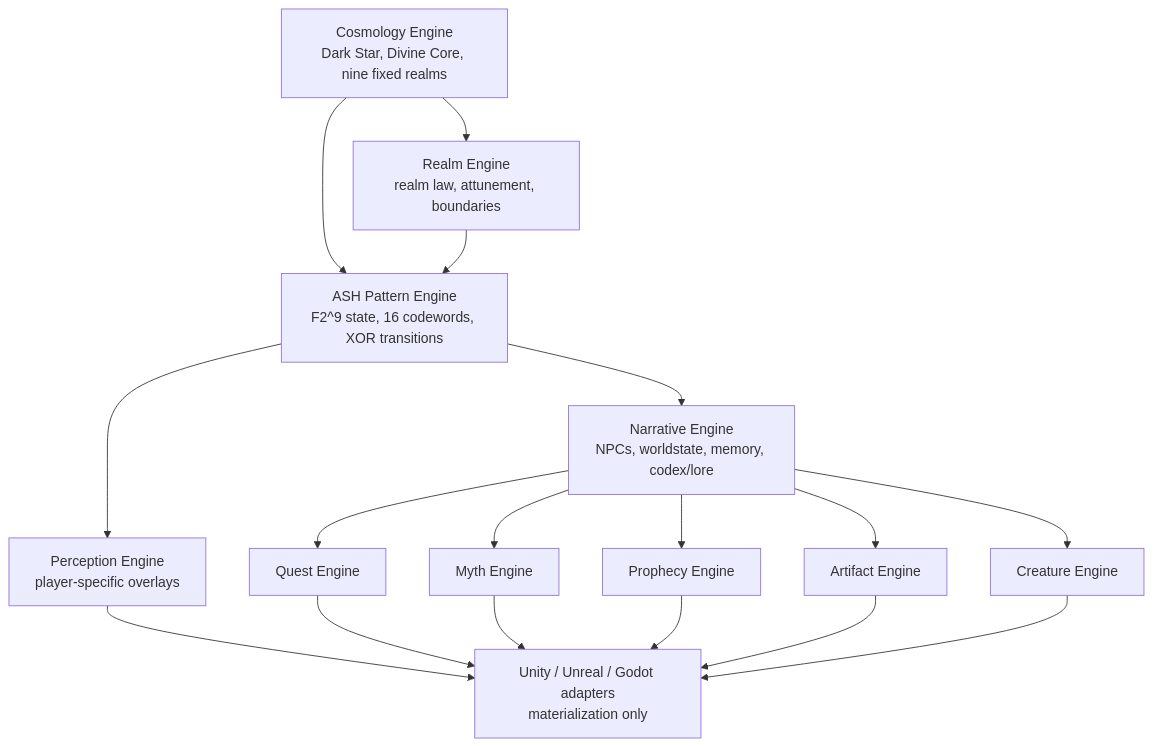
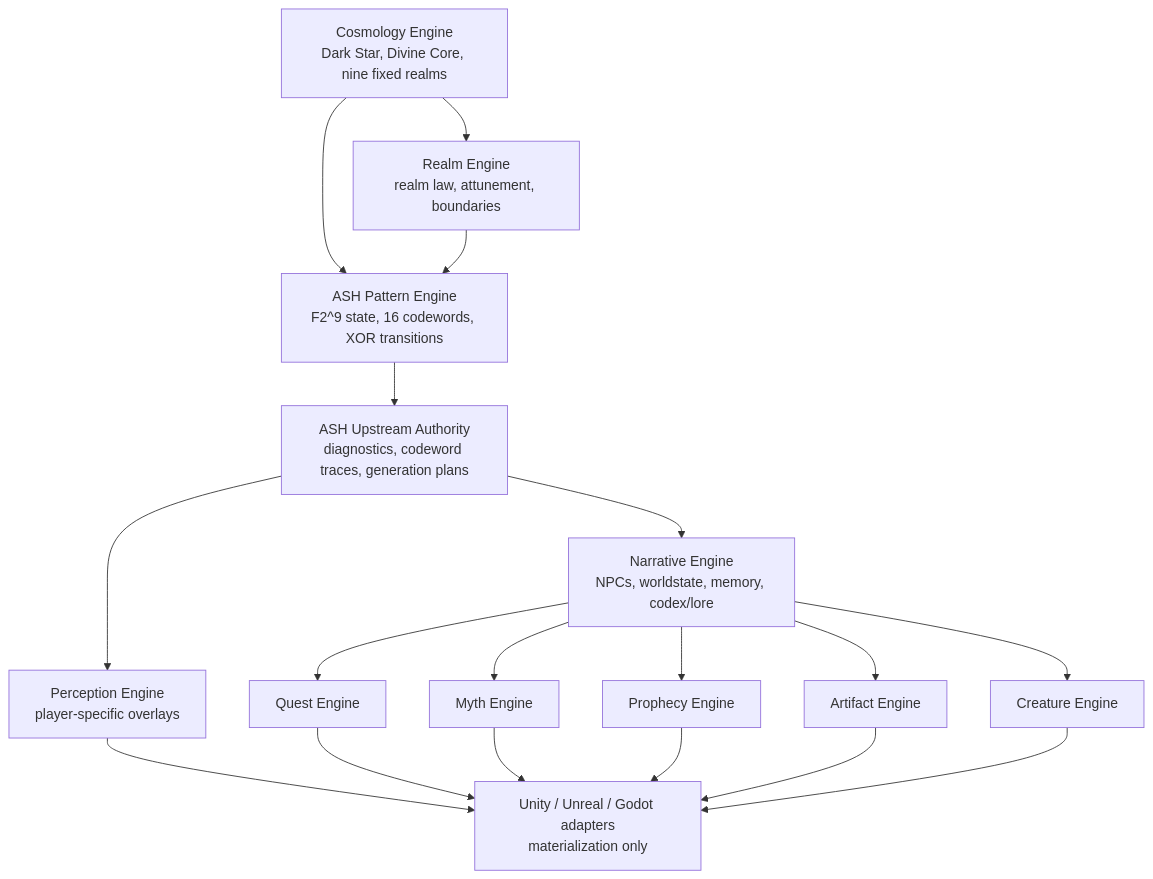
One commit to flynn33/yggdrasil-world-engine changed the first of 2 diagrams in README.md. Above: the diagram before and after it, drawn with Mermaid. The commit also changed other lines of this file and 27 other files, not shown here.

Commit message:
Add ASH upstream authority contract

````diff
--- a/README.md
+++ b/README.md
@@ -93,31 +114,33 @@
 ```mermaid
 flowchart TB
   Cosmology["Cosmology Engine<br/>Dark Star, Divine Core, nine fixed realms"]
   Realm["Realm Engine<br/>realm law, attunement, boundaries"]
   ASH["ASH Pattern Engine<br/>F2^9 state, 16 codewords, XOR transitions"]
+  Upstream["ASH Upstream Authority<br/>diagnostics, codeword traces, generation plans"]
   Narrative["Narrative Engine<br/>NPCs, worldstate, memory, codex/lore"]
   Perception["Perception Engine<br/>player-specific overlays"]
   Quest["Quest Engine"]
   Myth["Myth Engine"]
   Prophecy["Prophecy Engine"]
   Artifact["Artifact Engine"]
   Creature["Creature Engine"]
   Adapters["Unity / Unreal / Godot adapters<br/>materialization only"]
 
   Cosmology --> Realm
   Cosmology --> ASH
   Realm --> ASH
-  ASH --> Narrative
-  ASH --> Perception
+  ASH --> Upstream
+  Upstream --> Narrative
+  Upstream --> Perception
   Narrative --> Quest
   Narrative --> Myth
   Narrative --> Prophecy
   Narrative --> Artifact
   Narrative --> Creature
   Perception --> Adapters
   Quest --> Adapters
   Myth --> Adapters
   Prophecy --> Adapters
   Artifact --> Adapters
   Creature --> Adapters
 ```
````
